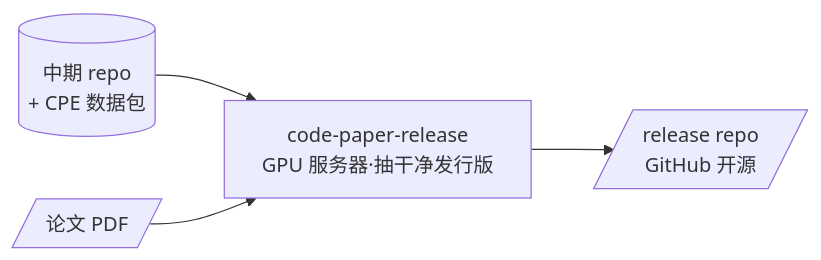
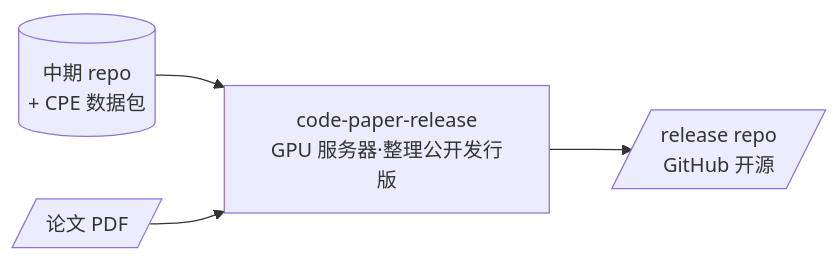
One commit to jackwang0108/dl-assistant changed the first of 2 diagrams in plugins/dl-assistant/skills/code-paper-release/SKILL.md. Above: the diagram before and after it, drawn with Mermaid. The commit also changed other lines of this file and 143 other files, not shown here.

````diff
--- a/plugins/dl-assistant/skills/code-paper-release/SKILL.md
+++ b/plugins/dl-assistant/skills/code-paper-release/SKILL.md
@@ -31,6 +25,6 @@
 ```mermaid
 flowchart LR
-    MID[("中期 repo<br/>+ CPE 数据包")] --> REL["code-paper-release<br/>GPU 服务器·抽干净发行版"]
+    MID[("中期 repo<br/>+ CPE 数据包")] --> REL["code-paper-release<br/>GPU 服务器·整理公开发行版"]
     PDF[/论文 PDF/] --> REL
     REL --> REPO[/release repo<br/>GitHub 开源/]
 ```
````
